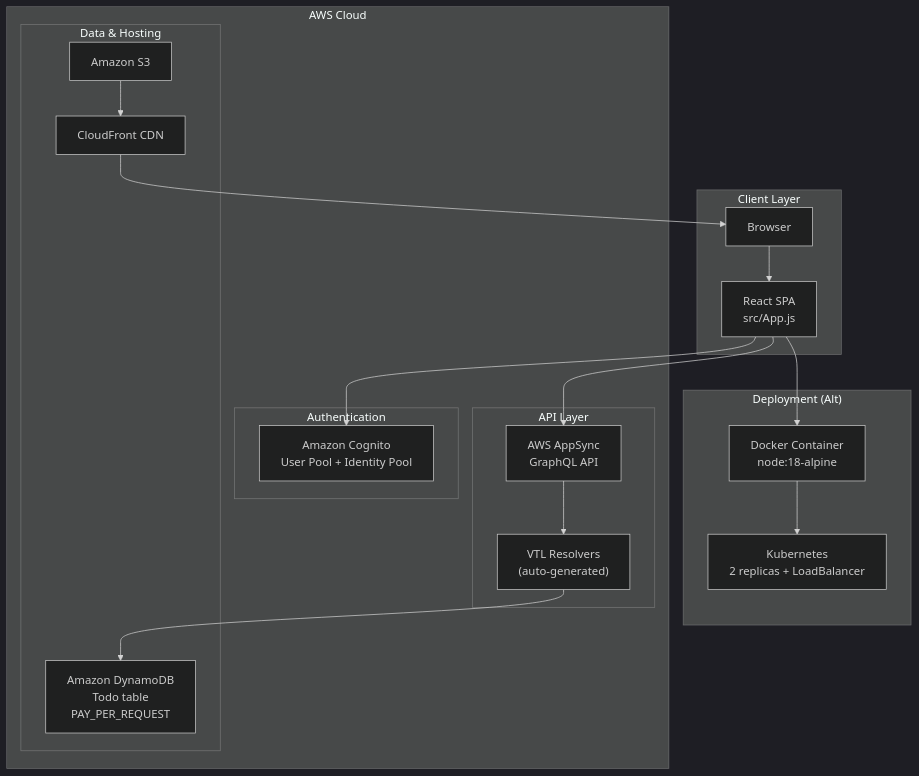
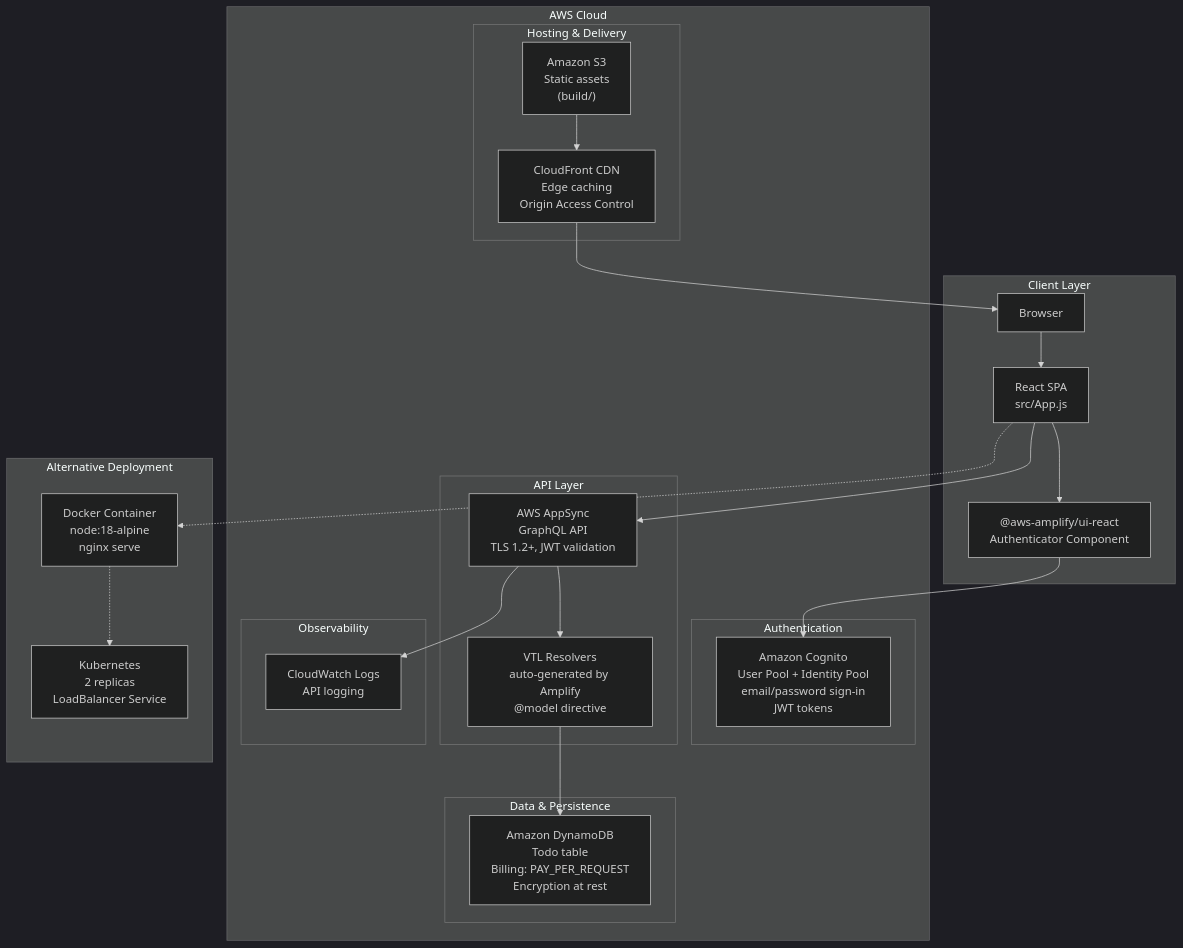
The diagram in README.md (tukue/todo), drawn with Mermaid (dark theme) before and after one commit. The commit also changed other lines of this file, not shown here.

Commit message:
Update README with problem statement, architecture diagram, and design considerations

````diff
--- a/README.md
+++ b/README.md
@@ -7,37 +16,47 @@
 ```mermaid
 graph TB
     subgraph Client["Client Layer"]
         Browser[Browser]
         React["React SPA<br/>src/App.js"]
+        AuthUI["@aws-amplify/ui-react<br/>Authenticator Component"]
     end
 
     subgraph AWS["AWS Cloud"]
         subgraph Auth["Authentication"]
-            Cognito["Amazon Cognito<br/>User Pool + Identity Pool"]
+            Cognito["Amazon Cognito<br/>User Pool + Identity Pool<br/>email/password sign-in<br/>JWT tokens"]
         end
 
         subgraph API["API Layer"]
-            AppSync["AWS AppSync<br/>GraphQL API"]
-            Resolvers["VTL Resolvers<br/>(auto-generated)"]
+            AppSync["AWS AppSync<br/>GraphQL API<br/>TLS 1.2+, JWT validation"]
+            Resolvers["VTL Resolvers<br/>auto-generated by Amplify<br/>@model directive"]
         end
 
-        subgraph Storage["Data & Hosting"]
-            DynamoDB["Amazon DynamoDB<br/>Todo table<br/>PAY_PER_REQUEST"]
-            S3["Amazon S3"]
-            CF["CloudFront CDN"]
+        subgraph Storage["Data & Persistence"]
+            DynamoDB["Amazon DynamoDB<br/>Todo table<br/>Billing: PAY_PER_REQUEST<br/>Encryption at rest"]
+        end
+
+        subgraph Hosting["Hosting & Delivery"]
+            S3["Amazon S3<br/>Static assets<br/>(build/)"]
+            CF["CloudFront CDN<br/>Edge caching<br/>Origin Access Control"]
+        end
+
+        subgraph Monitoring["Observability"]
+            CW["CloudWatch Logs<br/>API logging"]
         end
     end
 
-    subgraph Deployment["Deployment (Alt)"]
-        Docker["Docker Container<br/>node:18-alpine"]
-        K8s["Kubernetes<br/>2 replicas + LoadBalancer"]
+    subgraph AltDeploy["Alternative Deployment"]
+        Docker["Docker Container<br/>node:18-alpine<br/>nginx serve"]
+        K8s["Kubernetes<br/>2 replicas<br/>LoadBalancer Service"]
     end
 
     Browser --> React
-    React --> Cognito
+    React --> AuthUI
+    AuthUI --> Cognito
     React --> AppSync
     AppSync --> Resolvers
+    AppSync --> CW
     Resolvers --> DynamoDB
     S3 --> CF --> Browser
-    React --> Docker --> K8s
+    React -.-> Docker -.-> K8s
 ```
````
